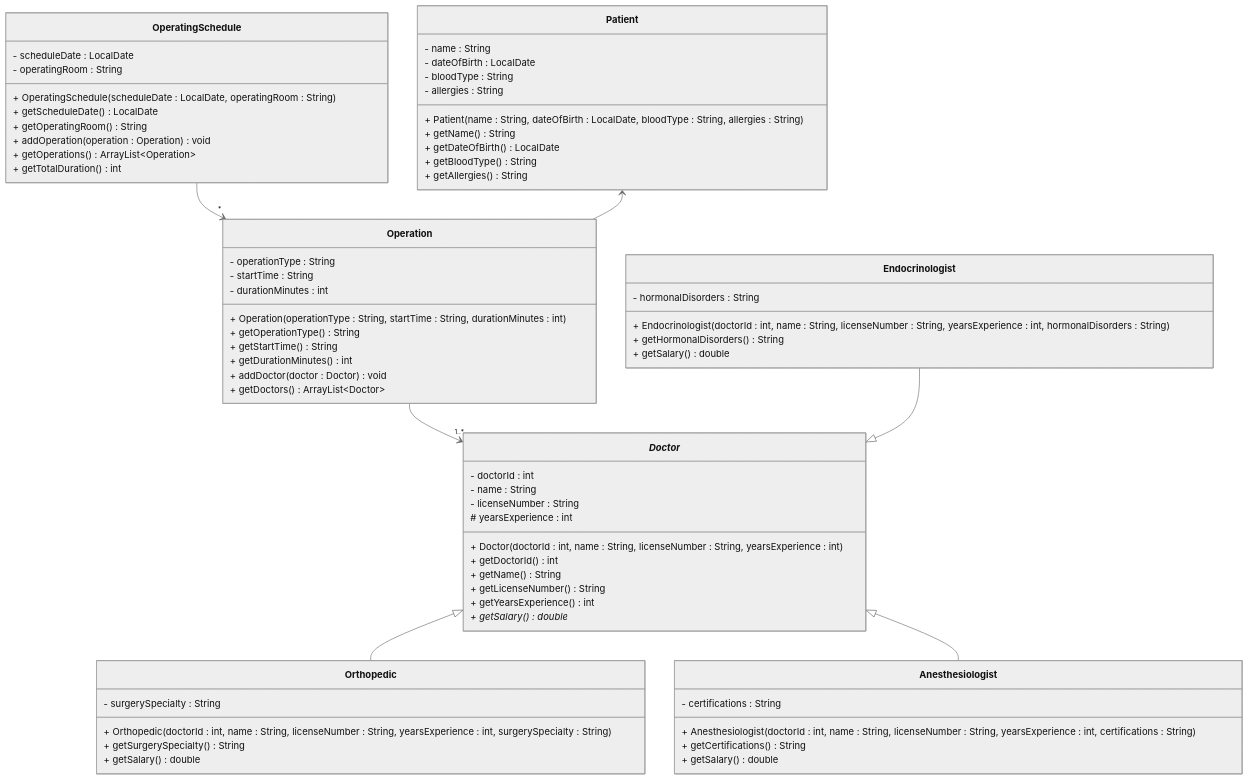
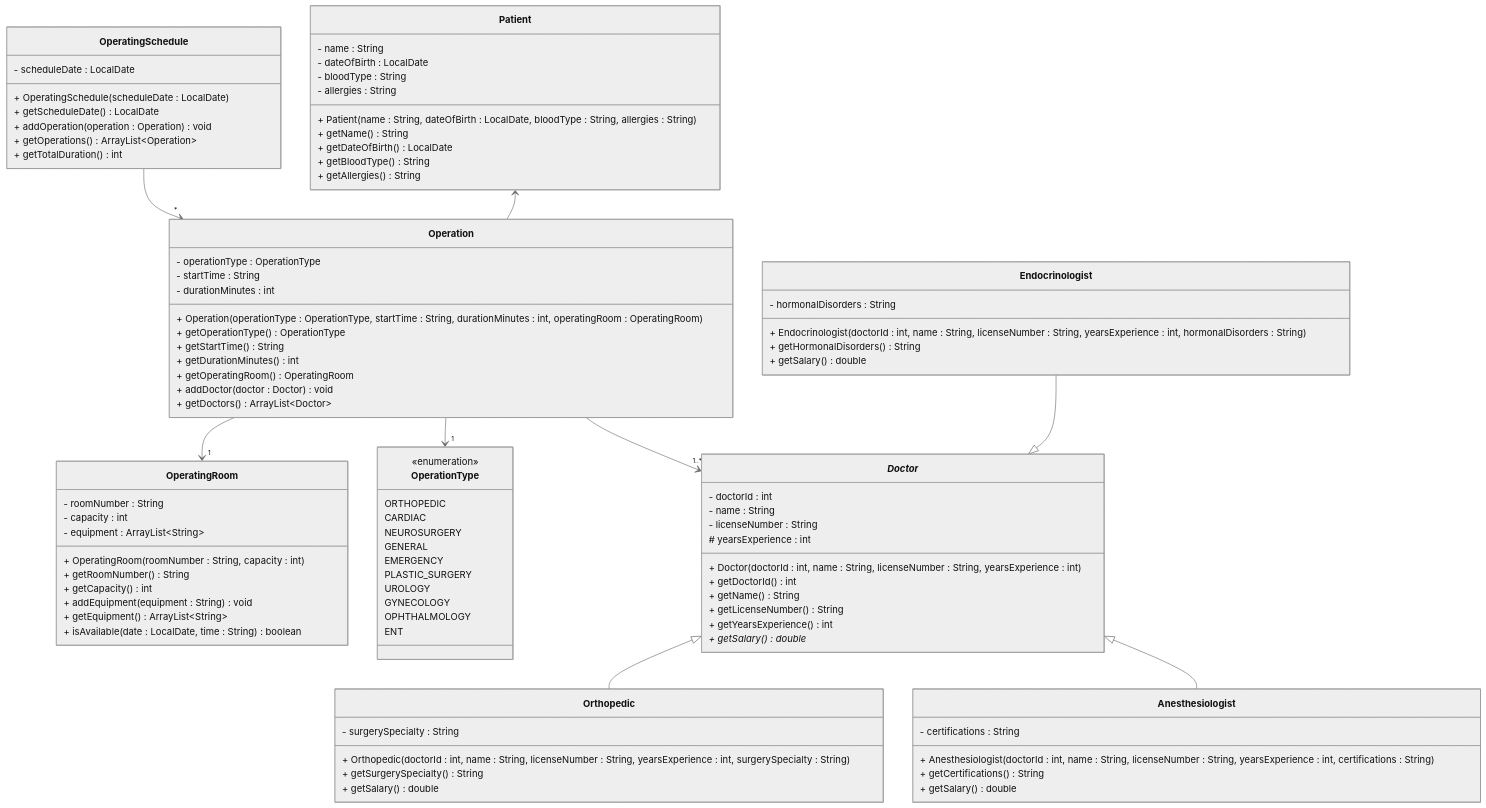
The diagram in Articles/Session 24 - Exam/ExamExercises/Exam Assignment - 2 - Hospital Management.md (TroelsMortensen/Codelabs2), drawn with Mermaid (neutral theme) before and after one commit. The commit also changed other lines of this file and 2 other files, not shown here.

```diff
--- a/Articles/Session 24 - Exam/ExamExercises/Exam Assignment - 2 - Hospital Management.md
+++ b/Articles/Session 24 - Exam/ExamExercises/Exam Assignment - 2 - Hospital Management.md
@@ -6,23 +6,48 @@
 classDiagram
     class OperatingSchedule {
         - scheduleDate : LocalDate
-        - operatingRoom : String
-        + OperatingSchedule(scheduleDate : LocalDate, operatingRoom : String)
+        + OperatingSchedule(scheduleDate : LocalDate)
         + getScheduleDate() LocalDate
-        + getOperatingRoom() String
         + addOperation(operation : Operation) void
         + getOperations() ArrayList~Operation~
         + getTotalDuration() int
     }
     
+    class OperatingRoom {
+        - roomNumber : String
+        - capacity : int
+        - equipment : ArrayList~String~
+        + OperatingRoom(roomNumber : String, capacity : int)
+        + getRoomNumber() String
+        + getCapacity() int
+        + addEquipment(equipment : String) void
+        + getEquipment() ArrayList~String~
+        + isAvailable(date : LocalDate, time : String) boolean
+    }
+    
+    class OperationType {
+        <<enumeration>>
+        ORTHOPEDIC
+        CARDIAC
+        NEUROSURGERY
+        GENERAL
+        EMERGENCY
+        PLASTIC_SURGERY
+        UROLOGY
+        GYNECOLOGY
+        OPHTHALMOLOGY
+        ENT
+    }
+    
     class Operation {
-        - operationType : String
+        - operationType : OperationType
         - startTime : String
         - durationMinutes : int
-        + Operation(operationType : String, startTime : String, durationMinutes : int)
-        + getOperationType() String
+        + Operation(operationType : OperationType, startTime : String, durationMinutes : int, operatingRoom : OperatingRoom)
+        + getOperationType() OperationType
         + getStartTime() String
         + getDurationMinutes() int
+        + getOperatingRoom() OperatingRoom
         + addDoctor(doctor : Doctor) void
         + getDoctors() ArrayList~Doctor~
     }
@@ -75,6 +100,8 @@
     
     OperatingSchedule --> "*" Operation
     Patient <-- Operation
+    Operation --> "1" OperatingRoom
+    Operation --> "1" OperationType
     Operation --> "1..*" _Doctor_
     _Doctor_ <|-- Orthopedic
     _Doctor_ <|-- Anesthesiologist
```
